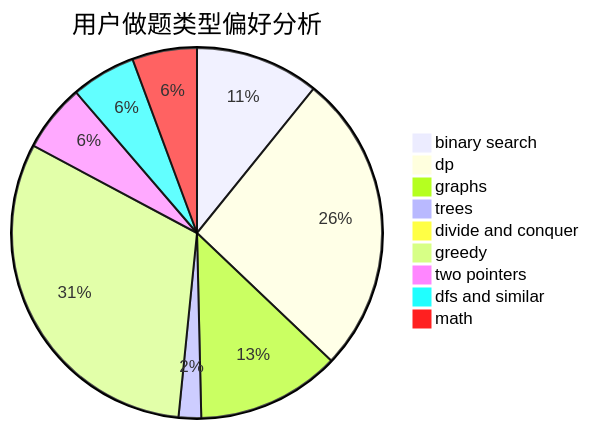
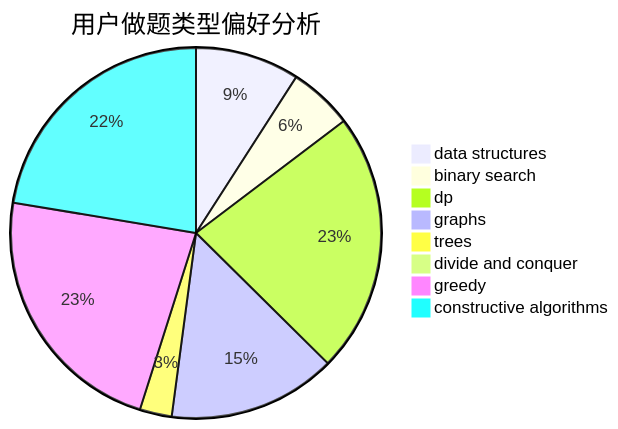
The second of 3 diagrams in docs/user/u30.md (sherpahu/cfrs.github.io), drawn with Mermaid before and after one commit. The commit also changed other lines of this file and 2775 other files, not shown here.

````diff
--- a/docs/user/u30.md
+++ b/docs/user/u30.md
@@ -23,12 +23,11 @@
 ```mermaid
 pie title 用户做题类型偏好分析
-    "binary search" :  44
-    "dp" :  107
-    "graphs" :  51
+    "data structures" :  26
+    "binary search" :  16
+    "dp" :  65
+    "graphs" :  42
     "trees" :  8
     "divide and conquer" :  0
-    "greedy" :  127
-    "two pointers" :  24
-    "dfs and similar" :  23
-    "math" :  23
+    "greedy" :  65
+    "constructive algorithms" :  64
 ```
````
